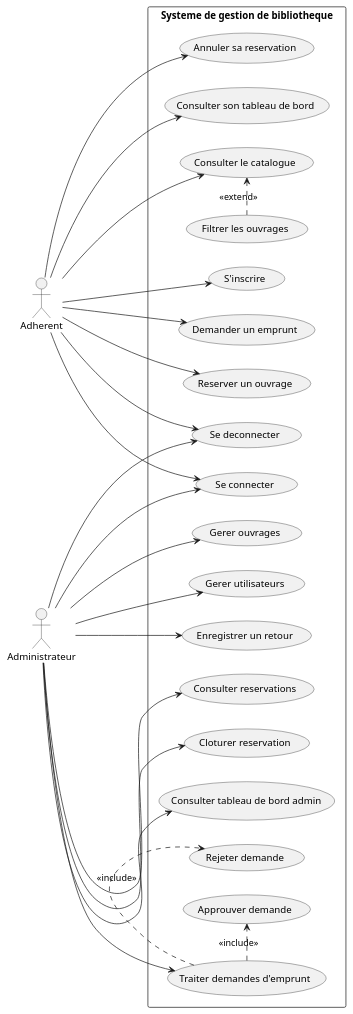
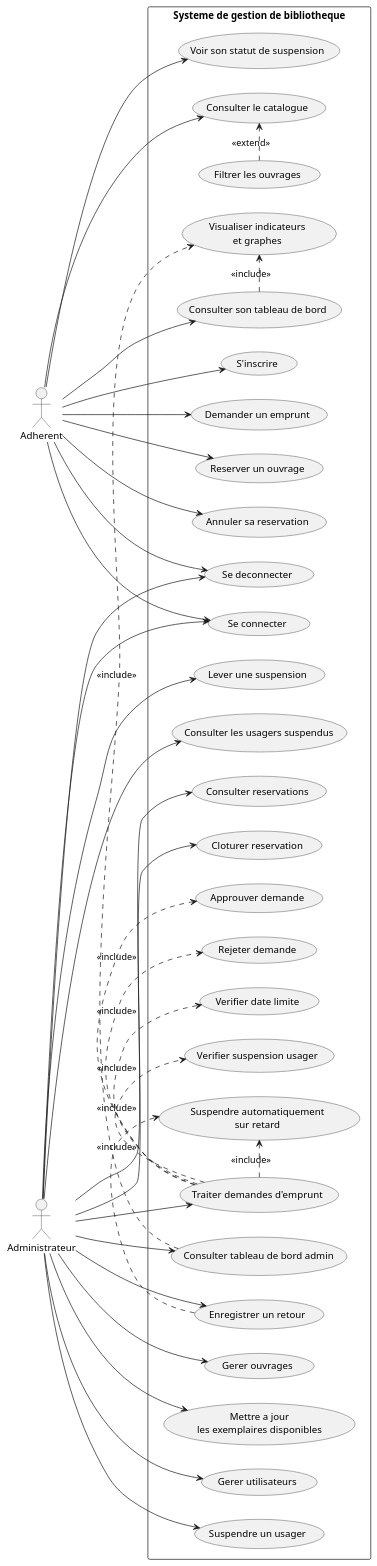
Before and after one commit to JunRoot29/Gestion-d-une-Bibliotheque: the diagram in diagrams/diagramme_cas_utilisation.puml, drawn with PlantUML. The commit also changed 14 other files, not shown here.

```diff
--- a/diagrams/diagramme_cas_utilisation.puml
+++ b/diagrams/diagramme_cas_utilisation.puml
@@ -1,50 +1,70 @@
 @startuml
 left to right direction
 actor "Adherent" as U
 actor "Administrateur" as A
 
 rectangle "Systeme de gestion de bibliotheque" {
   usecase "S'inscrire" as UC1
   usecase "Se connecter" as UC2
   usecase "Se deconnecter" as UC3
   usecase "Consulter le catalogue" as UC4
   usecase "Filtrer les ouvrages" as UC5
   usecase "Demander un emprunt" as UC6
   usecase "Reserver un ouvrage" as UC7
   usecase "Annuler sa reservation" as UC8
   usecase "Consulter son tableau de bord" as UC9
+  usecase "Voir son statut de suspension" as UC19
 
   usecase "Gerer ouvrages" as UC10
+  usecase "Mettre a jour\nles exemplaires disponibles" as UC20
   usecase "Gerer utilisateurs" as UC11
+  usecase "Suspendre un usager" as UC21
+  usecase "Lever une suspension" as UC22
+  usecase "Consulter les usagers suspendus" as UC23
   usecase "Traiter demandes d'emprunt" as UC12
   usecase "Approuver demande" as UC13
   usecase "Rejeter demande" as UC14
+  usecase "Verifier date limite" as UC24
+  usecase "Verifier suspension usager" as UC25
   usecase "Enregistrer un retour" as UC15
+  usecase "Suspendre automatiquement\nsur retard" as UC26
   usecase "Consulter reservations" as UC16
   usecase "Cloturer reservation" as UC17
   usecase "Consulter tableau de bord admin" as UC18
+  usecase "Visualiser indicateurs\net graphes" as UC27
 }
 
 U --> UC1
 U --> UC2
 U --> UC3
 U --> UC4
 U --> UC6
 U --> UC7
 U --> UC8
 U --> UC9
+U --> UC19
 
 A --> UC2
 A --> UC3
 A --> UC10
+A --> UC20
 A --> UC11
+A --> UC21
+A --> UC22
+A --> UC23
 A --> UC12
 A --> UC15
 A --> UC16
 A --> UC17
 A --> UC18
 
 UC5 .> UC4 : <<extend>>
 UC12 .> UC13 : <<include>>
 UC12 .> UC14 : <<include>>
+UC12 .> UC24 : <<include>>
+UC12 .> UC25 : <<include>>
+UC9 .> UC27 : <<include>>
+UC18 .> UC27 : <<include>>
+UC15 .> UC26 : <<include>>
+UC12 .> UC26 : <<include>>
 @enduml
```
